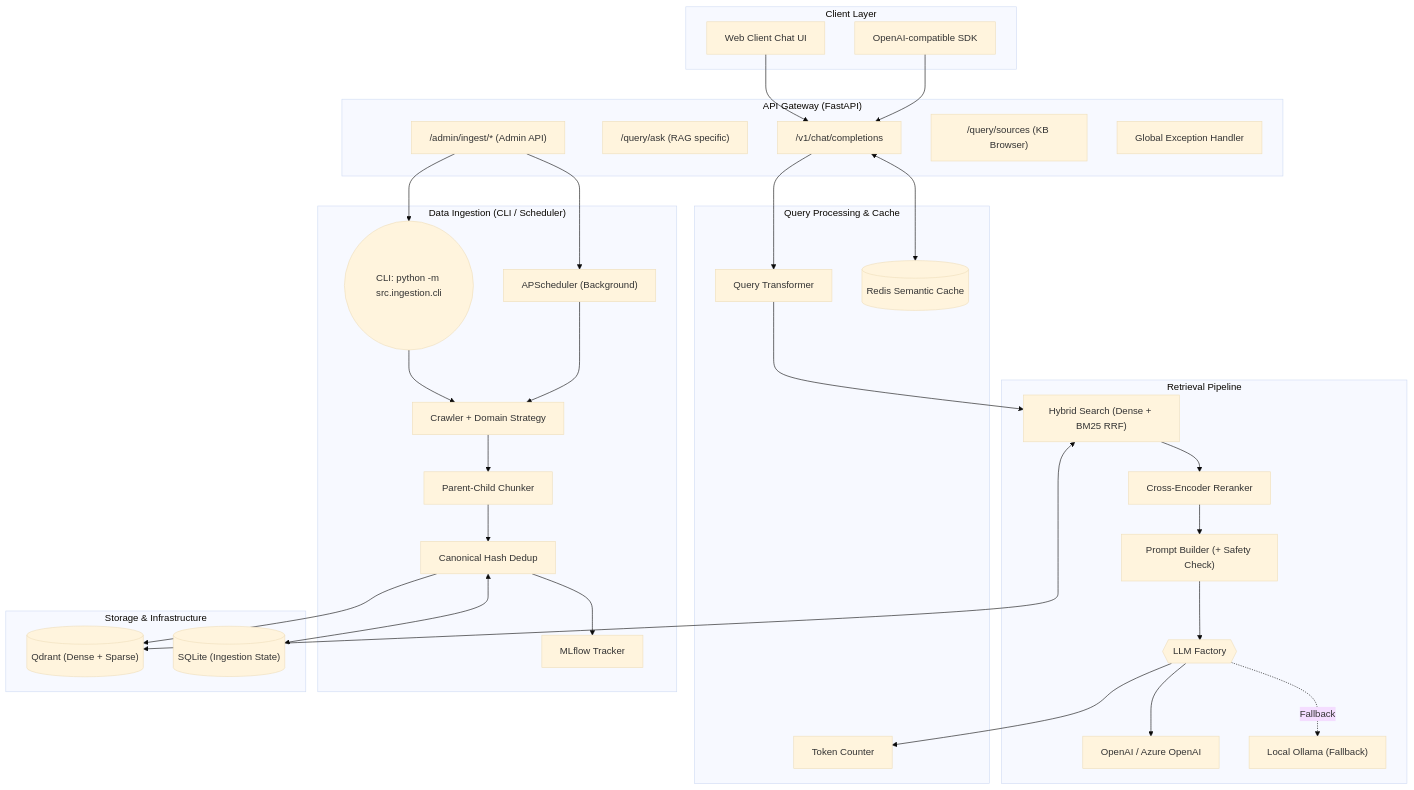
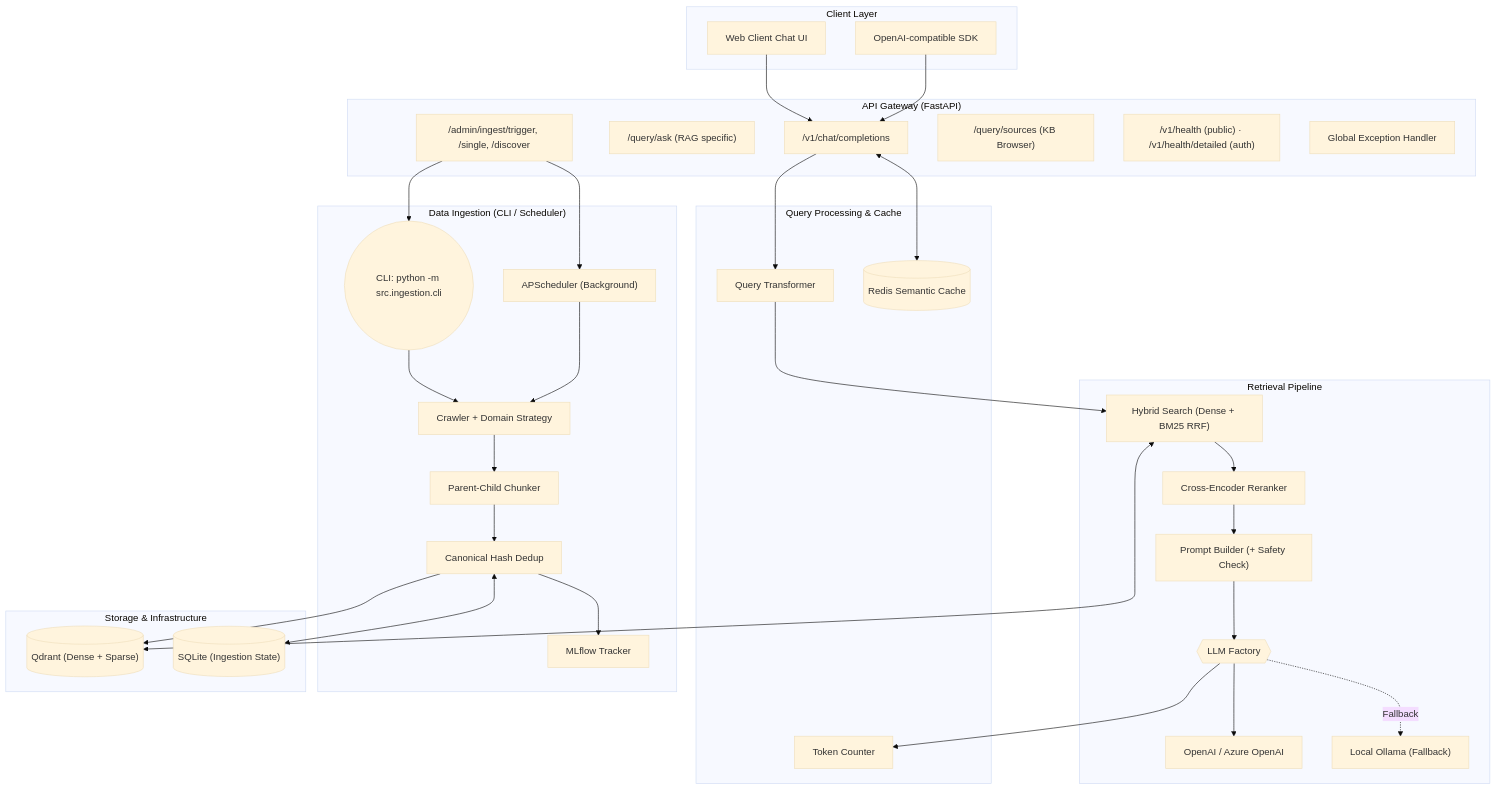
Before and after one commit to ToooAir/german-visa-rag: the diagram in README.md, drawn with Mermaid (base theme). The commit also changed other lines of this file and 1 other file, not shown here.

Commit message:
docs: update API documentation with per-request parameter overrides, health check endpoints, and admin ingestion instructions

````diff
--- a/README.md
+++ b/README.md
@@ -58,61 +58,62 @@
 ```mermaid
 graph TB
     subgraph "Client Layer"
         A1["Web Client Chat UI"]
         A2["OpenAI-compatible SDK"]
     end
 
     subgraph "API Gateway (FastAPI)"
         B1["/v1/chat/completions"]
         B2["/query/ask (RAG specific)"]
-        B3["/admin/ingest/* (Admin API)"]
+        B3["/admin/ingest/trigger, /single, /discover"]
         B4["/query/sources (KB Browser)"]
+        B5["/v1/health (public) · /v1/health/detailed (auth)"]
         EH["Global Exception Handler"]
     end
 
     subgraph "Query Processing & Cache"
         C1["Query Transformer"]
         E2[("Redis Semantic Cache")]
         TC["Token Counter"]
     end
 
     subgraph "Retrieval Pipeline"
         D1["Hybrid Search (Dense + BM25 RRF)"]
         D2["Cross-Encoder Reranker"]
         D3["Prompt Builder (+ Safety Check)"]
         F1{{"LLM Factory"}}
         LLM_A["OpenAI / Azure OpenAI"]
         LLM_B["Local Ollama (Fallback)"]
     end
 
     subgraph "Data Ingestion (CLI / Scheduler)"
         G0(("CLI: python -m src.ingestion.cli"))
         SCHED["APScheduler (Background)"]
         G1["Crawler + Domain Strategy"]
         G2["Parent-Child Chunker"]
         G3["Canonical Hash Dedup"]
         MLF["MLflow Tracker"]
     end
 
     subgraph "Storage & Infrastructure"
         E1[("Qdrant (Dense + Sparse)")]
         E3[("SQLite (Ingestion State)")]
     end
 
     A1 --> B1
     A2 --> B1
     B1 <--> E2
     B1 --> C1 --> D1 --> D2 --> D3
     D3 --> F1
     F1 --> LLM_A
     F1 -. Fallback .-> LLM_B
     F1 --> TC
     D1 <--> E1
     B3 --> G0
     B3 --> SCHED
 
     G0 --> G1 --> G2 --> G3 --> E1
     SCHED --> G1
     G3 <--> E3
     G3 --> MLF
 ```
````
